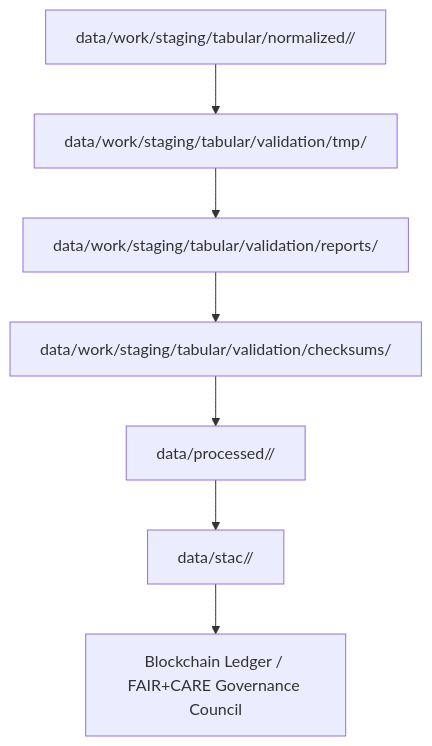
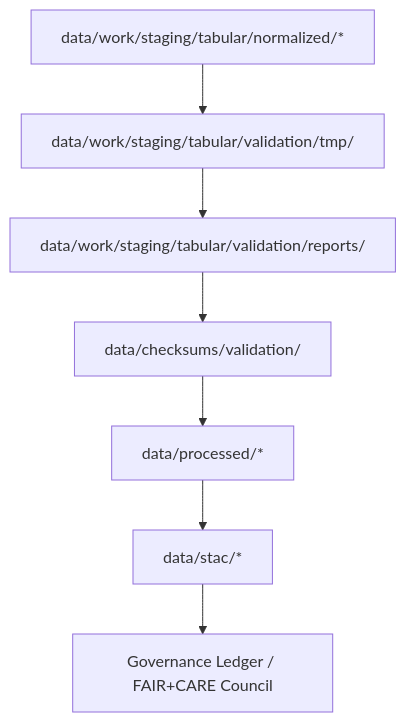
The diagram in data/work/staging/tabular/validation/tmp/README.md (bartytime4life/Kansas-Frontier-Matrix), drawn with Mermaid before and after one commit. The commit also changed other lines of this file, not shown here.

First line of the commit message:
Revise README for Validation TMP Layer

````diff
--- a/data/work/staging/tabular/validation/tmp/README.md
+++ b/data/work/staging/tabular/validation/tmp/README.md
@@ -61,9 +62,9 @@
 ```mermaid
 flowchart TD
-  A["data/work/staging/tabular/normalized/<domain>/"] --> B["data/work/staging/tabular/validation/tmp/"]
+  A["data/work/staging/tabular/normalized/*"] --> B["data/work/staging/tabular/validation/tmp/"]
   B --> C["data/work/staging/tabular/validation/reports/"]
-  C --> D["data/work/staging/tabular/validation/checksums/"]
-  D --> E["data/processed/<domain>/"]
-  E --> F["data/stac/<domain>/"]
-  F --> G["Blockchain Ledger / FAIR+CARE Governance Council"]
+  C --> D["data/checksums/validation/"]
+  D --> E["data/processed/*"]
+  E --> F["data/stac/*"]
+  F --> G["Governance Ledger / FAIR+CARE Council"]
 ```
````
